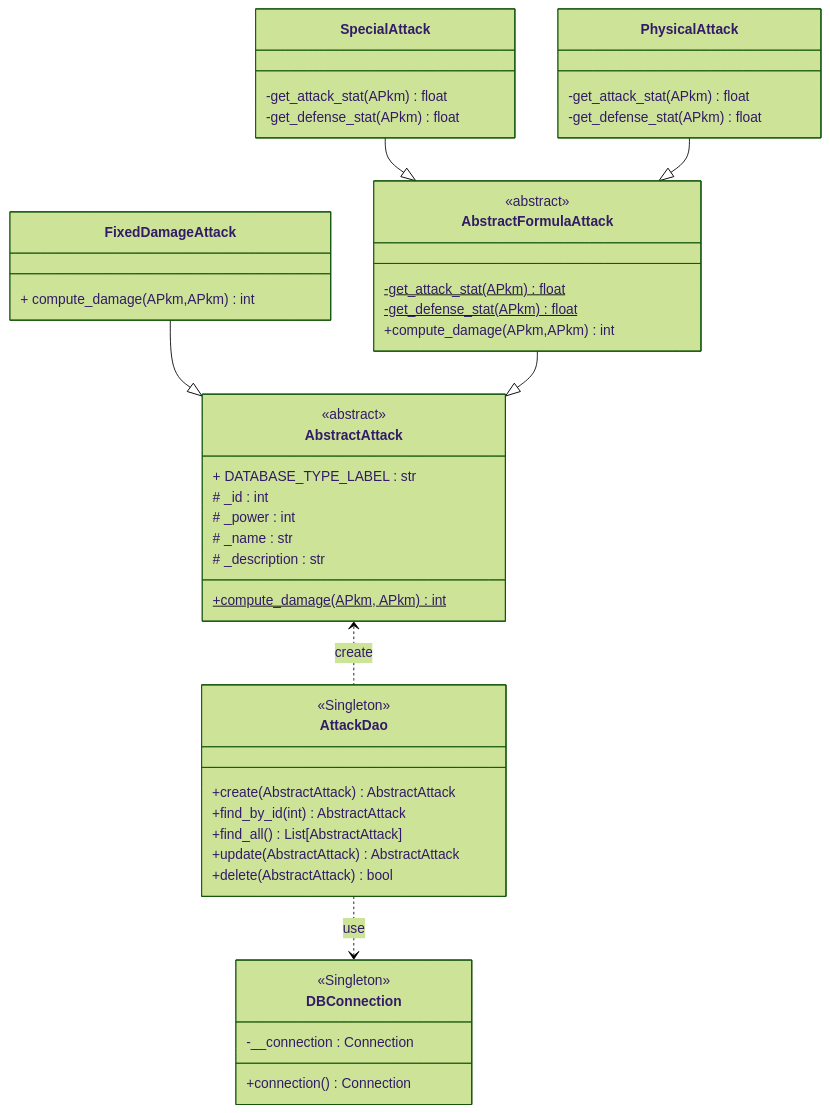
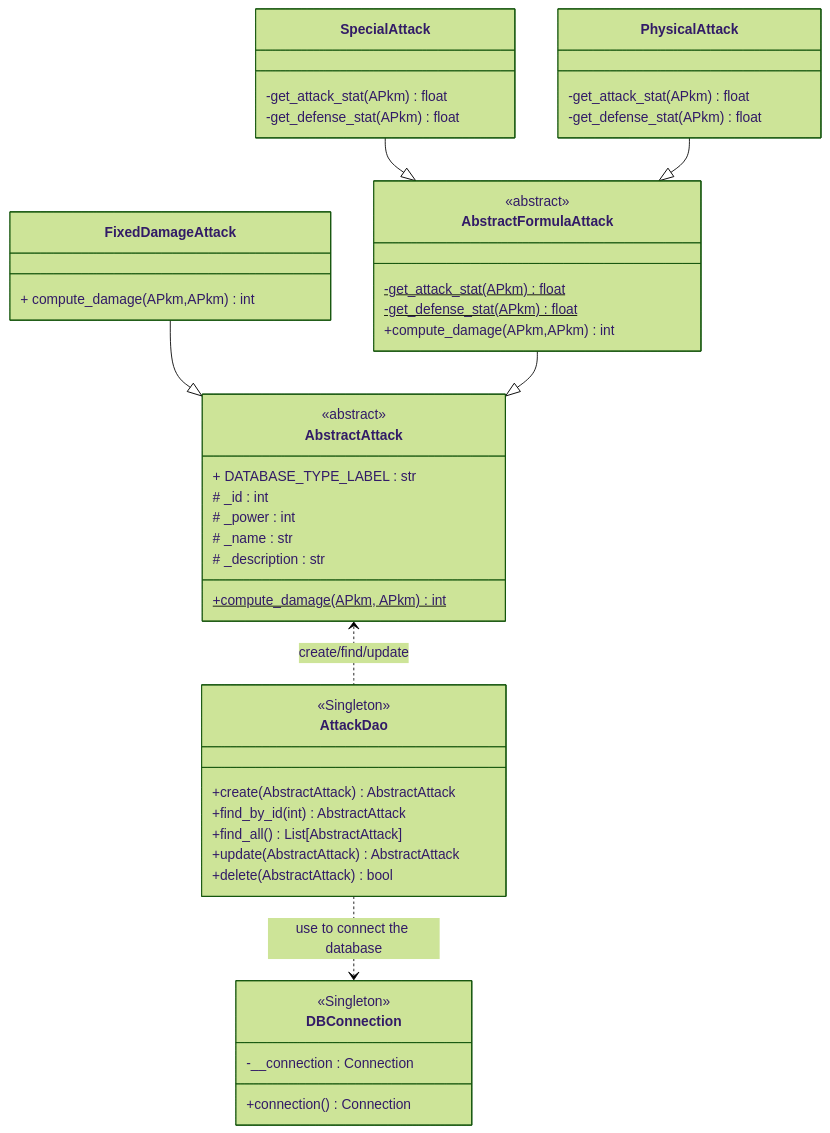
Before and after one commit to ludo2ne/ENSAI-2A-Projet-info: the fourth of 4 diagrams in quarto-site/doc/tp/tp4.qmd, drawn with Mermaid (forest theme). The commit also changed other lines of this file, not shown here.

````diff
--- a/quarto-site/doc/tp/tp4.qmd
+++ b/quarto-site/doc/tp/tp4.qmd
@@ -217,58 +271,58 @@
 ```{mermaid}
 classDiagram
 
 class AbstractAttack{
 	<<abstract>>
 	+ DATABASE_TYPE_LABEL : str
 	# _id : int
 	# _power : int
 	# _name : str
 	# _description : str
 	+compute_damage(APkm, APkm)$  int
 	}
 	class FixedDamageAttack{
 		+ compute_damage(APkm,APkm )  int
 	}
     class AbstractFormulaAttack{
     <<abstract>>
 		-get_attack_stat(APkm)$  float
 		-get_defense_stat(APkm)$  float
 		+compute_damage(APkm,APkm)  int
 	}
 	
     class PhysicalAttack{
 		-get_attack_stat(APkm)  float
 		-get_defense_stat(APkm)  float
 	}
 	
     class SpecialAttack{
 		-get_attack_stat(APkm)  float
 		-get_defense_stat(APkm)  float
 	}
 	
 	FixedDamageAttack--|>AbstractAttack
 	AbstractFormulaAttack--|>AbstractAttack
 	SpecialAttack--|>AbstractFormulaAttack
 	PhysicalAttack--|>AbstractFormulaAttack
 
 
 class AttackDao{
 <<Singleton>>
  +create(AbstractAttack) AbstractAttack
  +find_by_id(int) AbstractAttack
  +find_all() List[AbstractAttack]
  +update(AbstractAttack) AbstractAttack
  +delete(AbstractAttack) bool
 }
 
 class DBConnection{
 <<Singleton>>
 -__connection : Connection
 
 +connection() Connection
 }
 
-AbstractAttack<.. AttackDao: create
-AttackDao..> DBConnection: use
+AbstractAttack<.. AttackDao: create/find/update
+AttackDao..> DBConnection: use to connect the database
 
 ```
````
